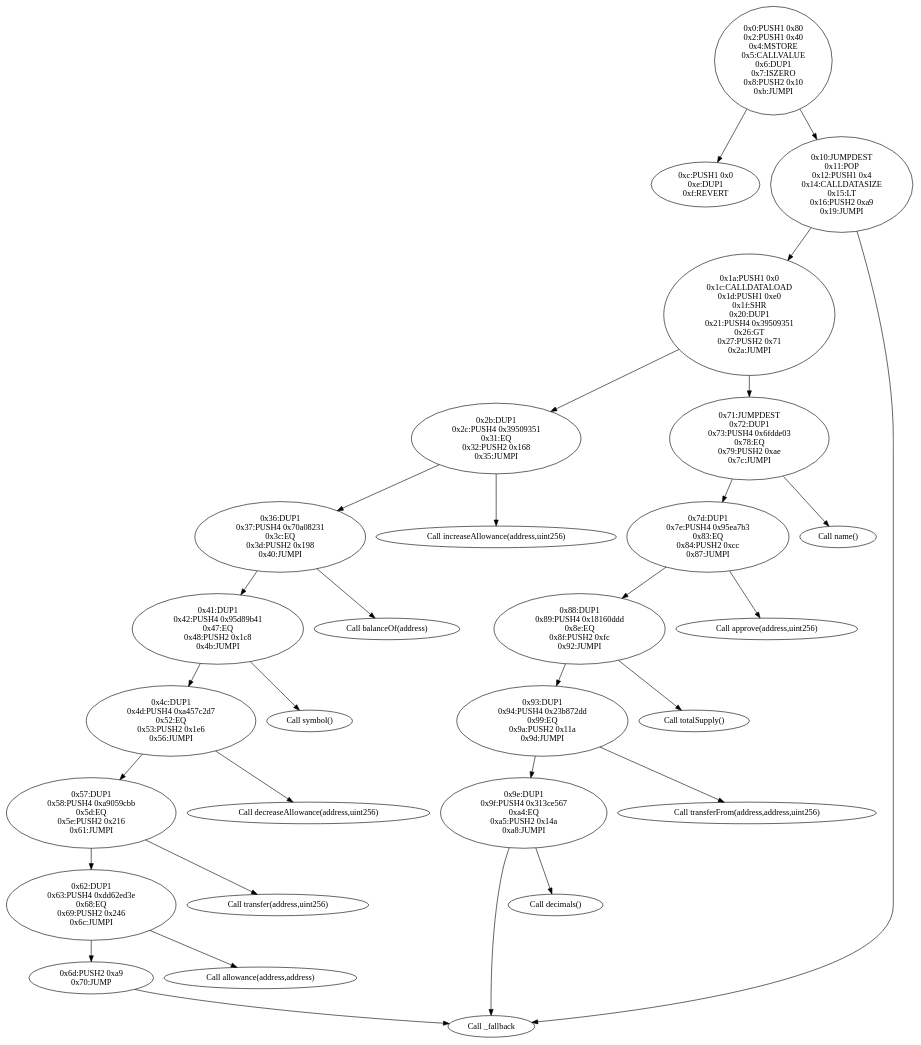
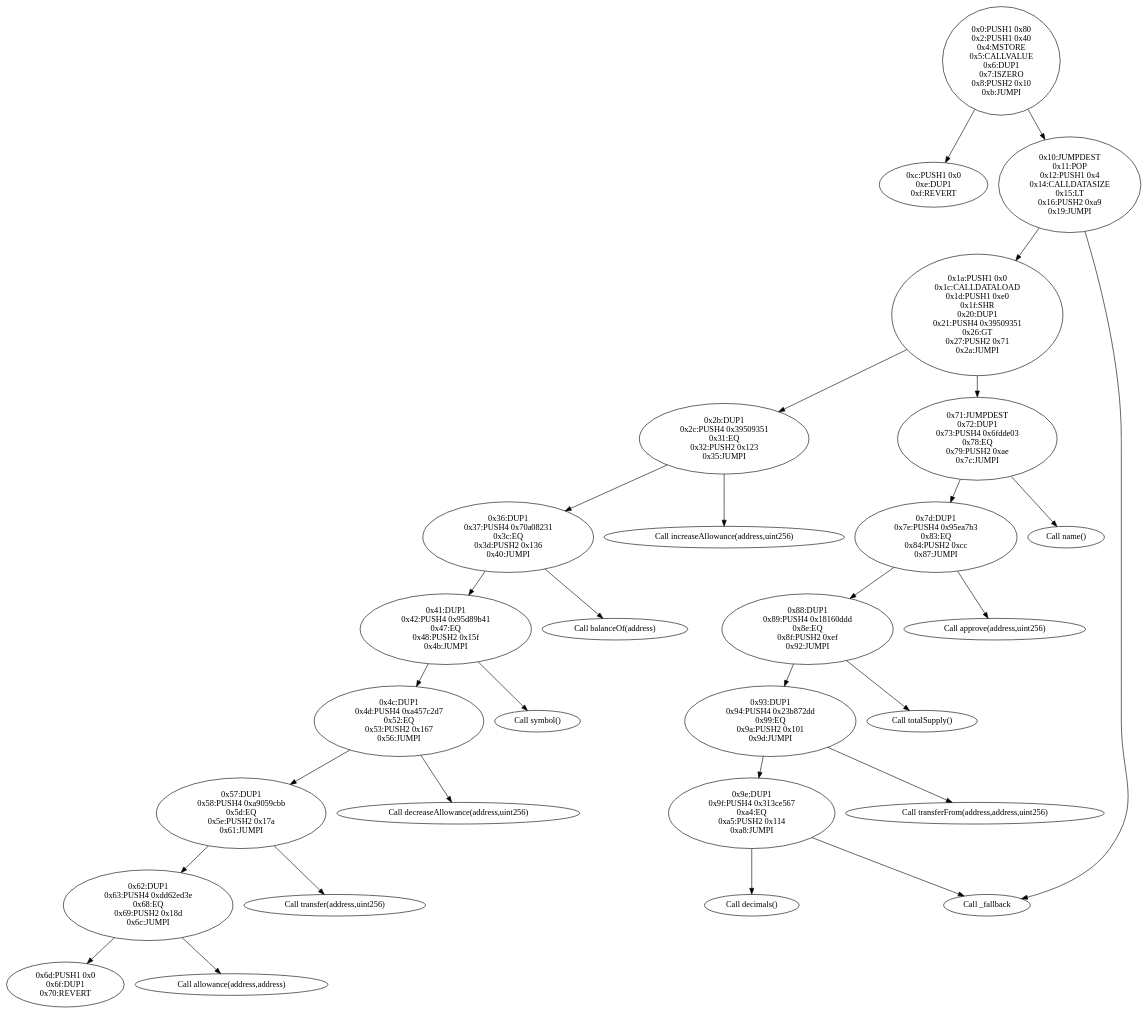
The diagram in erc20-example/cfg/output/Token.bin-runtime__dispatcher.dot (steventhornton/openzeppelin-research-project), drawn with Graphviz before and after one commit. The commit also changed 12 other files, not shown here.

```diff
--- a/erc20-example/cfg/output/Token.bin-runtime__dispatcher.dot
+++ b/erc20-example/cfg/output/Token.bin-runtime__dispatcher.dot
@@ -1,129 +1,129 @@
 digraph{
 0[label="0x0:PUSH1 0x80
 0x2:PUSH1 0x40
 0x4:MSTORE
 0x5:CALLVALUE
 0x6:DUP1
 0x7:ISZERO
 0x8:PUSH2 0x10
 0xb:JUMPI"]
 0 -> 12
 0 -> 16
 12[label="0xc:PUSH1 0x0
 0xe:DUP1
 0xf:REVERT"]
 16[label="0x10:JUMPDEST
 0x11:POP
 0x12:PUSH1 0x4
 0x14:CALLDATASIZE
 0x15:LT
 0x16:PUSH2 0xa9
 0x19:JUMPI"]
 16 -> 26
 16 -> 169
 26[label="0x1a:PUSH1 0x0
 0x1c:CALLDATALOAD
 0x1d:PUSH1 0xe0
 0x1f:SHR
 0x20:DUP1
 0x21:PUSH4 0x39509351
 0x26:GT
 0x27:PUSH2 0x71
 0x2a:JUMPI"]
 26 -> 43
 26 -> 113
 43[label="0x2b:DUP1
 0x2c:PUSH4 0x39509351
 0x31:EQ
-0x32:PUSH2 0x168
+0x32:PUSH2 0x123
 0x35:JUMPI"]
 43 -> 54
-43 -> 360
+43 -> 291
 54[label="0x36:DUP1
 0x37:PUSH4 0x70a08231
 0x3c:EQ
-0x3d:PUSH2 0x198
+0x3d:PUSH2 0x136
 0x40:JUMPI"]
 54 -> 65
-54 -> 408
+54 -> 310
 65[label="0x41:DUP1
 0x42:PUSH4 0x95d89b41
 0x47:EQ
-0x48:PUSH2 0x1c8
+0x48:PUSH2 0x15f
 0x4b:JUMPI"]
 65 -> 76
-65 -> 456
+65 -> 351
 76[label="0x4c:DUP1
 0x4d:PUSH4 0xa457c2d7
 0x52:EQ
-0x53:PUSH2 0x1e6
+0x53:PUSH2 0x167
 0x56:JUMPI"]
 76 -> 87
-76 -> 486
+76 -> 359
 87[label="0x57:DUP1
 0x58:PUSH4 0xa9059cbb
 0x5d:EQ
-0x5e:PUSH2 0x216
+0x5e:PUSH2 0x17a
 0x61:JUMPI"]
 87 -> 98
-87 -> 534
+87 -> 378
 98[label="0x62:DUP1
 0x63:PUSH4 0xdd62ed3e
 0x68:EQ
-0x69:PUSH2 0x246
+0x69:PUSH2 0x18d
 0x6c:JUMPI"]
 98 -> 109
-98 -> 582
-109[label="0x6d:PUSH2 0xa9
-0x70:JUMP"]
-109 -> 169
+98 -> 397
+109[label="0x6d:PUSH1 0x0
+0x6f:DUP1
+0x70:REVERT"]
 113[label="0x71:JUMPDEST
 0x72:DUP1
 0x73:PUSH4 0x6fdde03
 0x78:EQ
 0x79:PUSH2 0xae
 0x7c:JUMPI"]
 113 -> 125
 113 -> 174
 125[label="0x7d:DUP1
 0x7e:PUSH4 0x95ea7b3
 0x83:EQ
 0x84:PUSH2 0xcc
 0x87:JUMPI"]
 125 -> 136
 125 -> 204
 136[label="0x88:DUP1
 0x89:PUSH4 0x18160ddd
 0x8e:EQ
-0x8f:PUSH2 0xfc
+0x8f:PUSH2 0xef
 0x92:JUMPI"]
 136 -> 147
-136 -> 252
+136 -> 239
 147[label="0x93:DUP1
 0x94:PUSH4 0x23b872dd
 0x99:EQ
-0x9a:PUSH2 0x11a
+0x9a:PUSH2 0x101
 0x9d:JUMPI"]
 147 -> 158
-147 -> 282
+147 -> 257
 158[label="0x9e:DUP1
 0x9f:PUSH4 0x313ce567
 0xa4:EQ
-0xa5:PUSH2 0x14a
+0xa5:PUSH2 0x114
 0xa8:JUMPI"]
 158 -> 169
-158 -> 330
+158 -> 276
 169[label="Call _fallback"]
 174[label="Call name()"]
 204[label="Call approve(address,uint256)"]
-252[label="Call totalSupply()"]
-282[label="Call transferFrom(address,address,uint256)"]
-330[label="Call decimals()"]
-360[label="Call increaseAllowance(address,uint256)"]
-408[label="Call balanceOf(address)"]
-456[label="Call symbol()"]
-486[label="Call decreaseAllowance(address,uint256)"]
-534[label="Call transfer(address,uint256)"]
-582[label="Call allowance(address,address)"]
+239[label="Call totalSupply()"]
+257[label="Call transferFrom(address,address,uint256)"]
+276[label="Call decimals()"]
+291[label="Call increaseAllowance(address,uint256)"]
+310[label="Call balanceOf(address)"]
+351[label="Call symbol()"]
+359[label="Call decreaseAllowance(address,uint256)"]
+378[label="Call transfer(address,uint256)"]
+397[label="Call allowance(address,address)"]
 
 }
```
